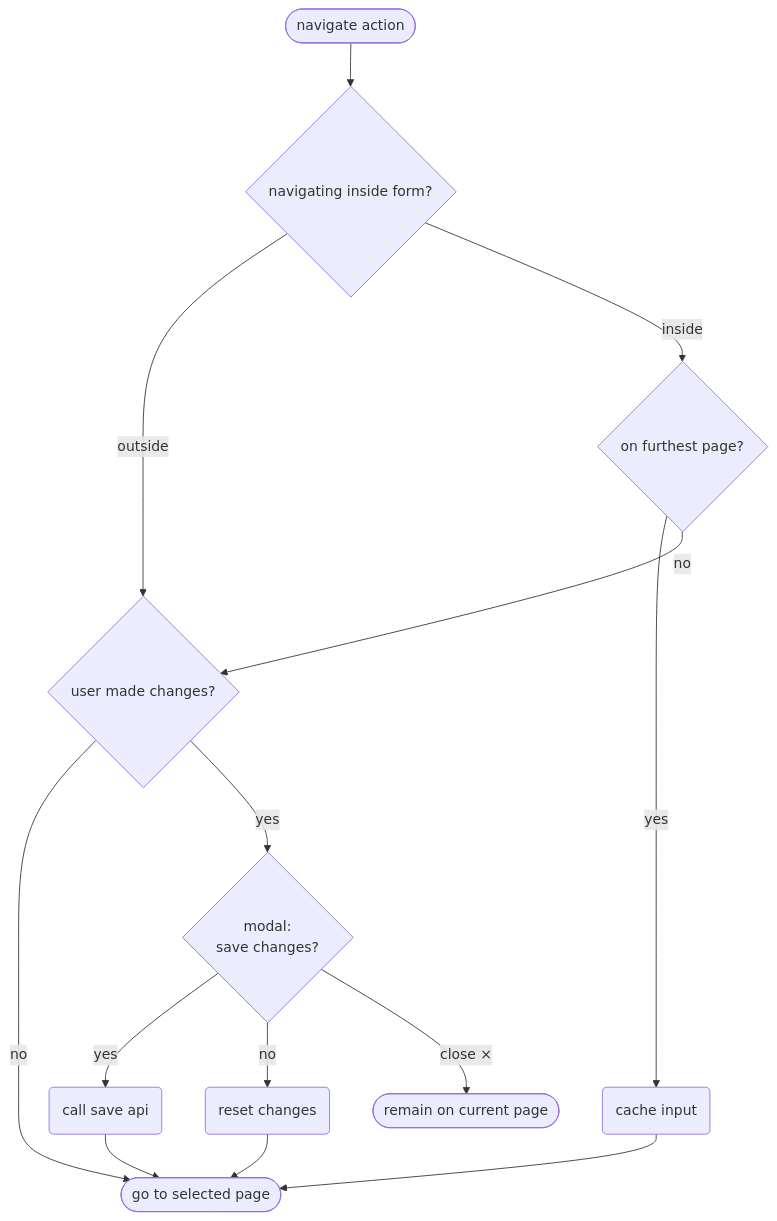
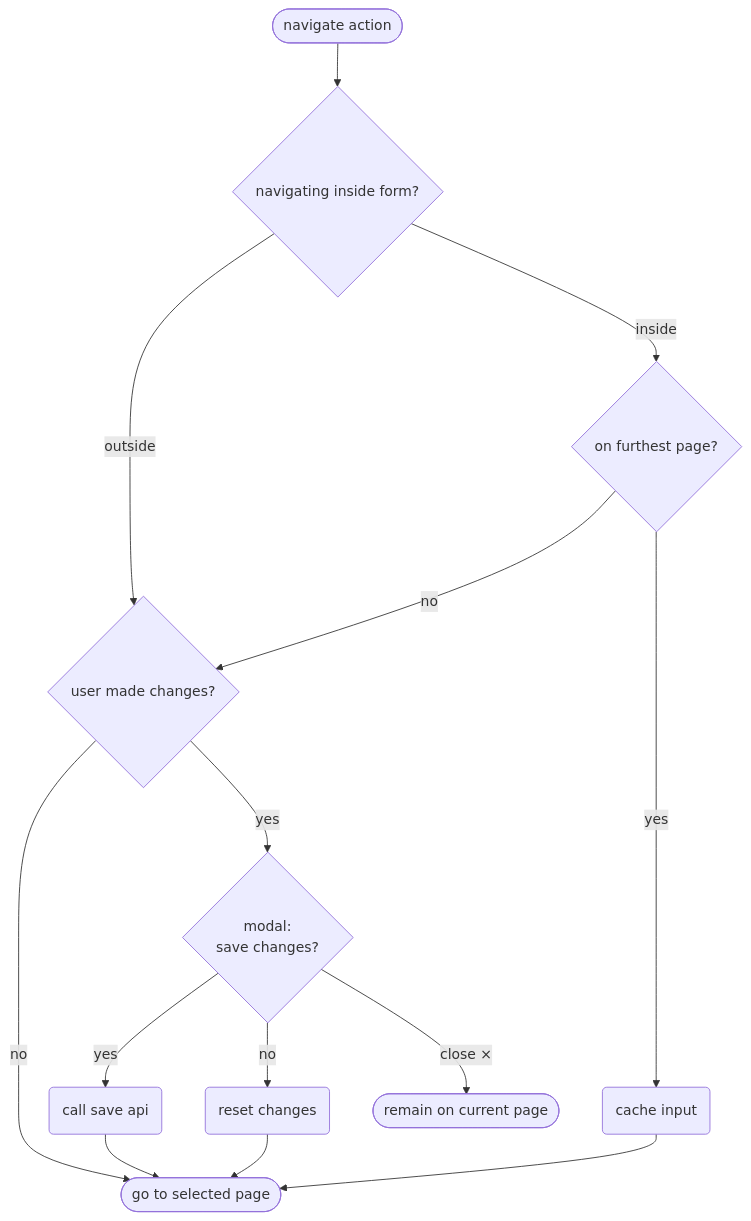
One commit to kiesraad/abacus changed the fourth of 5 diagrams in documentatie/flowcharts/data-entry-forms.md. Above: the diagram before and after it, drawn with Mermaid. The commit also changed other lines of this file, not shown here.

Commit message:
Improved the flowchart ordering a bit

````diff
--- a/documentatie/flowcharts/data-entry-forms.md
+++ b/documentatie/flowcharts/data-entry-forms.md
@@ -157,33 +155,33 @@
 ```mermaid
 flowchart TD
     %% start and end
     flow-start([navigate action])
     go-to-page([go to selected page])
     remain-on-page([remain on current page])
 
     %% steps
     inside-outside{navigating inside form?}
     on-furthest-page{on furthest page?}
     user-made-changes{user made changes?}
     save-changes{"modal: <br/> save changes?"}
     call-save-api(call save api)
     cache-input(cache input)
     reset-changes(reset changes)
 
     %% flow
     flow-start --> inside-outside
     inside-outside -- outside --> user-made-changes
     inside-outside -- inside --> on-furthest-page
-    on-furthest-page -- yes --> cache-input
-    cache-input --> go-to-page
+    on-furthest-page -- no --> user-made-changes
     
-
-    on-furthest-page -- no --> user-made-changes
     user-made-changes -- no --> go-to-page
     user-made-changes -- yes --> save-changes
     save-changes -- yes --> call-save-api
     save-changes -- no --> reset-changes
     save-changes -- close × --> remain-on-page
+
+    on-furthest-page -- yes --> cache-input
+    cache-input --> go-to-page
     reset-changes --> go-to-page
     call-save-api --> go-to-page
 ```
````
